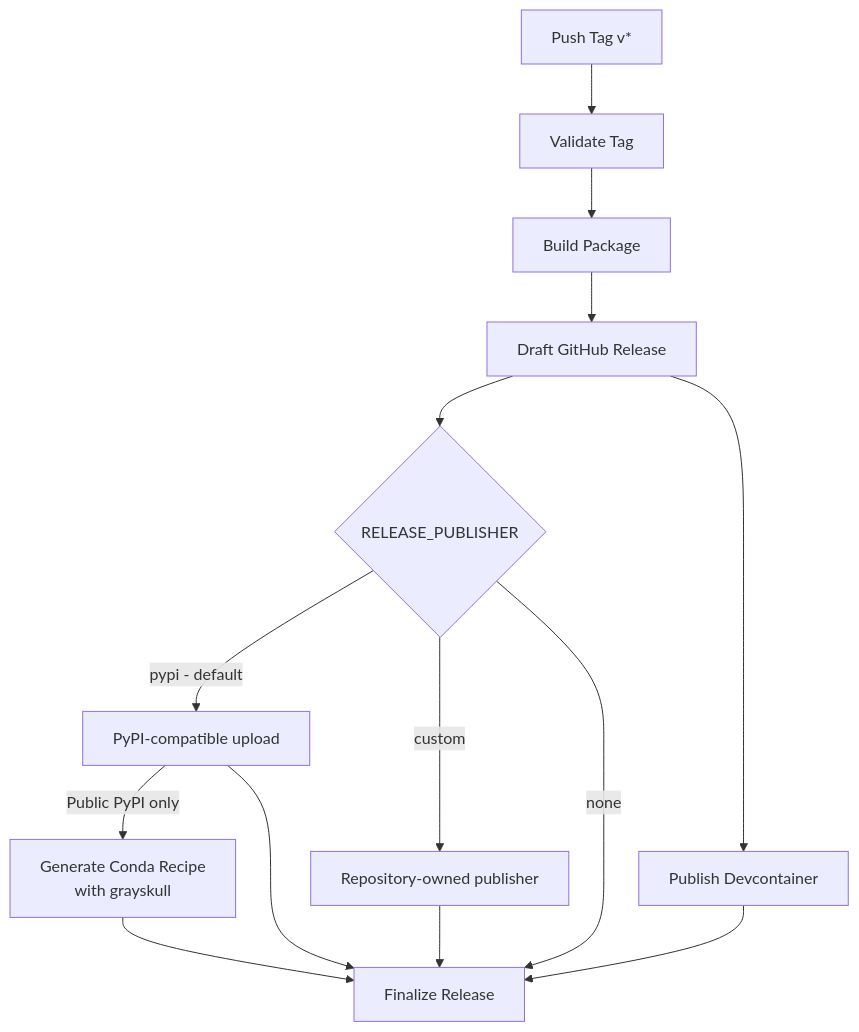
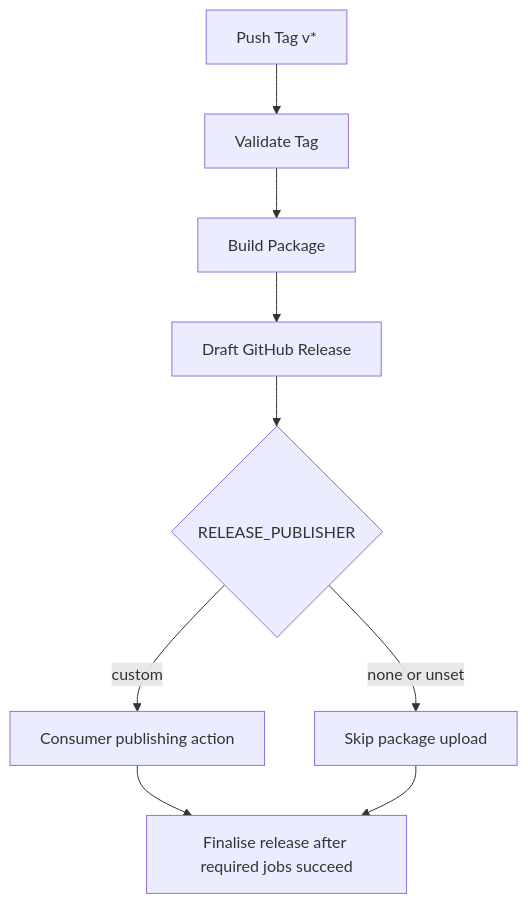
Before and after one commit to Jebel-Quant/rhiza: the fourth of 9 diagrams in docs/reference/ARCHITECTURE.md, drawn with Mermaid. The commit also changed other lines of this file and 24 other files, not shown here.

Commit message:
Replace provider-specific auth and publishing with consumer-owned hooks

````diff
--- a/docs/reference/ARCHITECTURE.md
+++ b/docs/reference/ARCHITECTURE.md
@@ -134,16 +134,11 @@
 ```mermaid
 flowchart TD
     tag[Push Tag v*] --> validate[Validate Tag]
     validate --> build[Build Package]
     build --> draft[Draft GitHub Release]
     draft --> publisher{RELEASE_PUBLISHER}
-    publisher -->|pypi - default| pypi[PyPI-compatible upload]
-    publisher -->|custom| custom[Repository-owned publisher]
-    publisher -->|none| finalize[Finalize Release]
-    pypi -->|Public PyPI only| conda[Generate Conda Recipe<br/>with grayskull]
-    draft --> devcontainer[Publish Devcontainer]
-    pypi --> finalize
-    custom --> finalize
-    conda --> finalize
-    devcontainer --> finalize
+    publisher -- custom --> upload[Consumer publishing action]
+    publisher -- none or unset --> skip[Skip package upload]
+    upload --> finish[Finalise release after required jobs succeed]
+    skip --> finish
 ```
````
